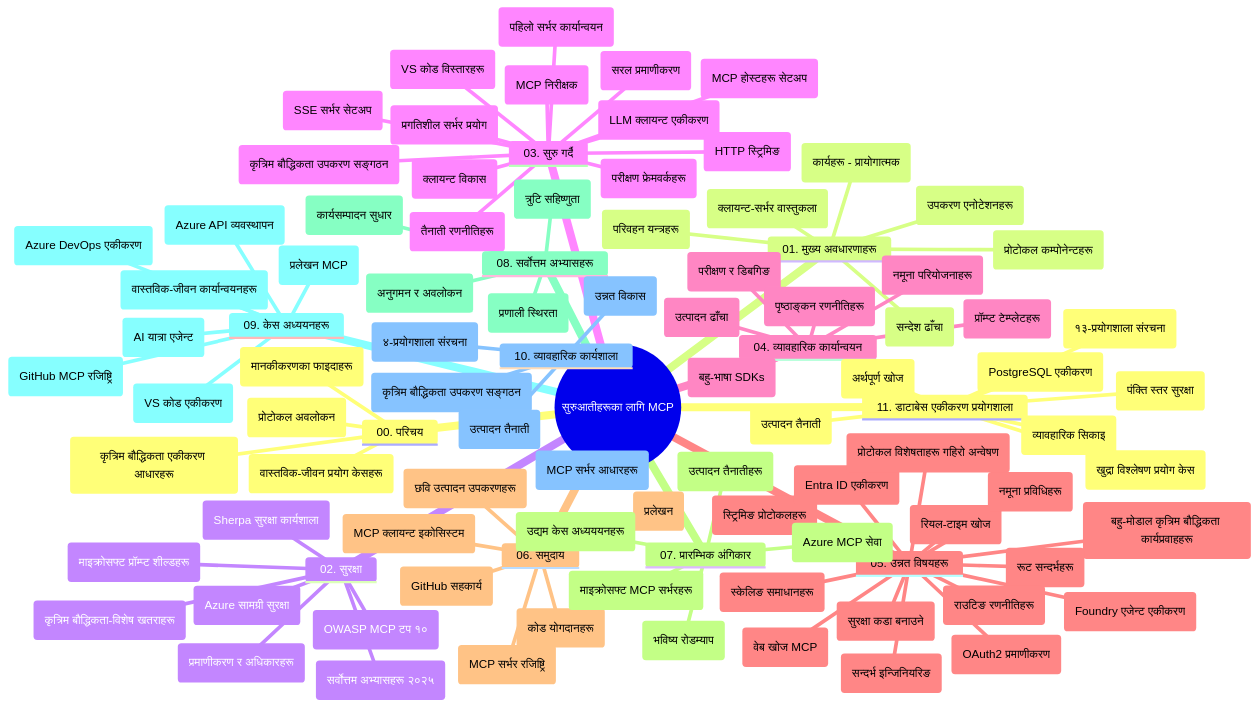
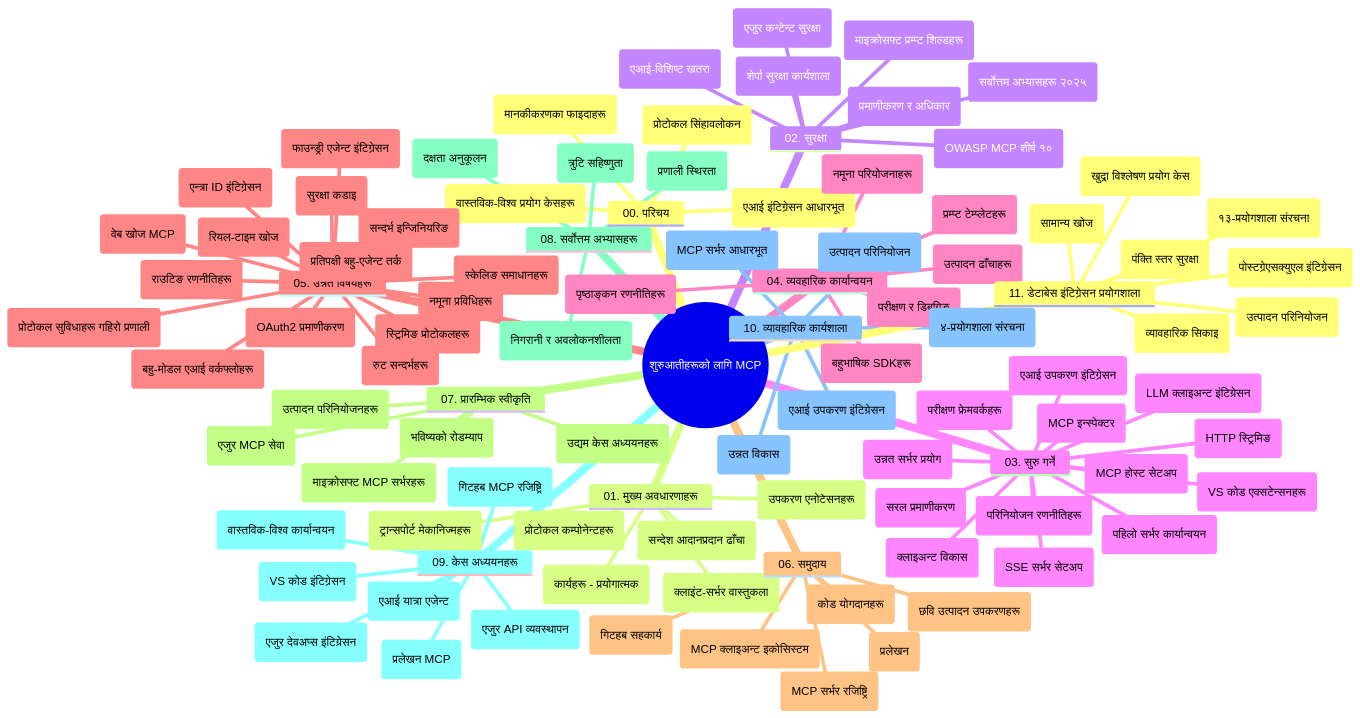
The diagram in mcp_ecosystem__model_context_protocol/mcp_learning_resources/mcp-for-beginners/translations/ne/study_guide.md (HIDORAKAI002/ai-workspace-archive), drawn with Mermaid before and after one commit. The commit also changed other lines of this file and 2497 other files, not shown here.

Commit message:
chore(sync): update Keboola MCP, Langfuse, Promptfoo, Dify, Trigger.dev, Windmill, Appsmith, Budibase, +29 more

````diff
--- a/mcp_ecosystem__model_context_protocol/mcp_learning_resources/mcp-for-beginners/translations/ne/study_guide.md
+++ b/mcp_ecosystem__model_context_protocol/mcp_learning_resources/mcp-for-beginners/translations/ne/study_guide.md
@@ -11,113 +11,114 @@
 ```mermaid
 mindmap
-  root((सुरुआतीहरूका लागि MCP))
+  root((शुरुआतीहरूको लागि MCP))
     00. परिचय
       ::icon(fa fa-book)
-      (प्रोटोकल अवलोकन)
+      (प्रोटोकल सिंहावलोकन)
       (मानकीकरणका फाइदाहरू)
-      (वास्तविक-जीवन प्रयोग केसहरू)
-      (कृत्रिम बौद्धिकता एकीकरण आधारहरू)
+      (वास्तविक-विश्व प्रयोग केसहरू)
+      (एआई इंटिग्रेसन आधारभूत)
     01. मुख्य अवधारणाहरू
       ::icon(fa fa-puzzle-piece)
-      (क्लायन्ट-सर्भर वास्तुकला)
+      (क्लाइंट-सर्भर वास्तुकला)
       (प्रोटोकल कम्पोनेन्टहरू)
-      (सन्देश ढाँचा)
-      (परिवहन यन्त्रहरू)
-      (कार्यहरू - प्रायोगात्मक)
-      (उपकरण एनोटेशनहरू)
+      (सन्देश आदानप्रदान ढाँचा)
+      (ट्रान्सपोर्ट मेकानिज्महरू)
+      (कार्यहरू - प्रयोगात्मक)
+      (उपकरण एनोटेसनहरू)
     02. सुरक्षा
       ::icon(fa fa-shield)
-      (कृत्रिम बौद्धिकता-विशेष खतराहरू)
+      (एआई-विशिष्ट खतरा)
       (सर्वोत्तम अभ्यासहरू २०२५)
-      (Azure सामग्री सुरक्षा)
-      (प्रमाणीकरण र अधिकारहरू)
-      (माइक्रोसफ्ट प्रॉम्प्ट शील्डहरू)
-      (OWASP MCP टप १०)
-      (Sherpa सुरक्षा कार्यशाला)
-    03. सुरु गर्दै
+      (एजुर कन्टेन्ट सुरक्षा)
+      (प्रमाणीकरण र अधिकार)
+      (माइक्रोसफ्ट प्रम्प्ट शिल्डहरू)
+      (OWASP MCP शीर्ष १०)
+      (शेर्पा सुरक्षा कार्यशाला)
+    03. सुरु गर्ने
       ::icon(fa fa-rocket)
       (पहिलो सर्भर कार्यान्वयन)
-      (क्लायन्ट विकास)
-      (LLM क्लायन्ट एकीकरण)
-      (VS कोड विस्तारहरू)
+      (क्लाइअन्ट विकास)
+      (LLM क्लाइअन्ट इंटिग्रेसन)
+      (VS कोड एक्सटेन्सनहरू)
       (SSE सर्भर सेटअप)
       (HTTP स्ट्रिमिङ)
-      (कृत्रिम बौद्धिकता उपकरण सङ्गठन)
+      (एआई उपकरण इंटिग्रेसन)
       (परीक्षण फ्रेमवर्कहरू)
-      (प्रगतिशील सर्भर प्रयोग)
+      (उन्नत सर्भर प्रयोग)
       (सरल प्रमाणीकरण)
-      (तैनाती रणनीतिहरू)
-      (MCP होस्टहरू सेटअप)
-      (MCP निरीक्षक)
-    04. व्यावहारिक कार्यान्वयन
+      (परिनियोजन रणनीतिहरू)
+      (MCP होस्ट सेटअप)
+      (MCP इन्स्पेक्टर)
+    04. व्यवहारिक कार्यान्वयन
       ::icon(fa fa-code)
-      (बहु-भाषा SDKs)
+      (बहुभाषिक SDKहरू)
       (परीक्षण र डिबगिङ)
-      (प्रॉम्प्ट टेम्प्लेटहरू)
+      (प्रम्प्ट टेम्प्लेटहरू)
       (नमूना परियोजनाहरू)
-      (उत्पादन ढाँचा)
+      (उत्पादन ढाँचाहरू)
       (पृष्ठाङ्कन रणनीतिहरू)
     05. उन्नत विषयहरू
       ::icon(fa fa-graduation-cap)
       (सन्दर्भ इन्जिनियरिङ)
-      (Foundry एजेन्ट एकीकरण)
-      (बहु-मोडाल कृत्रिम बौद्धिकता कार्यप्रवाहहरू)
+      (फाउन्ड्री एजेन्ट इंटिग्रेसन)
+      (बहु-मोडल एआई वर्कफ्लोहरू)
       (OAuth2 प्रमाणीकरण)
       (रियल-टाइम खोज)
       (स्ट्रिमिङ प्रोटोकलहरू)
-      (रूट सन्दर्भहरू)
+      (रुट सन्दर्भहरू)
       (राउटिङ रणनीतिहरू)
       (नमूना प्रविधिहरू)
       (स्केलिङ समाधानहरू)
-      (सुरक्षा कडा बनाउने)
-      (Entra ID एकीकरण)
+      (सुरक्षा कडाइ)
+      (एन्त्रा ID इंटिग्रेसन)
       (वेब खोज MCP)
-      (प्रोटोकल विशेषताहरू गहिरो अन्वेषण)
+      (प्रोटोकल सुविधाहरू गहिरो प्रणाली)
+      (प्रतिपक्षी बहु-एजेन्ट तर्क)
       
     06. समुदाय
       ::icon(fa fa-users)
       (कोड योगदानहरू)
       (प्रलेखन)
-      (MCP क्लायन्ट इकोसिस्टम)
+      (MCP क्लाइअन्ट इकोसिस्टम)
       (MCP सर्भर रजिष्ट्रि)
       (छवि उत्पादन उपकरणहरू)
-      (GitHub सहकार्य)
-    07. प्रारम्भिक अंगिकार
+      (गिटहब सहकार्य)
+    07. प्रारम्भिक स्वीकृति
       ::icon(fa fa-lightbulb)
-      (उत्पादन तैनातीहरू)
+      (उत्पादन परिनियोजनहरू)
       (माइक्रोसफ्ट MCP सर्भरहरू)
-      (Azure MCP सेवा)
-      (उद्यम केस अध्यययनहरू)
-      (भविष्य रोडम्याप)
+      (एजुर MCP सेवा)
+      (उद्यम केस अध्ययनहरू)
+      (भविष्यको रोडम्याप)
     08. सर्वोत्तम अभ्यासहरू
       ::icon(fa fa-check)
-      (कार्यसम्पादन सुधार)
+      (दक्षता अनुकूलन)
       (त्रुटि सहिष्णुता)
       (प्रणाली स्थिरता)
-      (अनुगमन र अवलोकन)
+      (निगरानी र अवलोकनशीलता)
     09. केस अध्ययनहरू
       ::icon(fa fa-file-text)
-      (Azure API व्यवस्थापन)
-      (AI यात्रा एजेन्ट)
-      (Azure DevOps एकीकरण)
+      (एजुर API व्यवस्थापन)
+      (एआई यात्रा एजेन्ट)
+      (एजुर देवअप्स इंटिग्रेसन)
       (प्रलेखन MCP)
-      (GitHub MCP रजिष्ट्रि)
-      (VS कोड एकीकरण)
-      (वास्तविक-जीवन कार्यान्वयनहरू)
+      (गिटहब MCP रजिष्ट्रि)
+      (VS कोड इंटिग्रेसन)
+      (वास्तविक-विश्व कार्यान्वयन)
     10. व्यावहारिक कार्यशाला
       ::icon(fa fa-laptop)
-      (MCP सर्भर आधारहरू)
+      (MCP सर्भर आधारभूत)
       (उन्नत विकास)
-      (कृत्रिम बौद्धिकता उपकरण सङ्गठन)
-      (उत्पादन तैनाती)
+      (एआई उपकरण इंटिग्रेसन)
+      (उत्पादन परिनियोजन)
       (४-प्रयोगशाला संरचना)
-    11. डाटाबेस एकीकरण प्रयोगशाला
+    11. डेटाबेस इंटिग्रेसन प्रयोगशाला
       ::icon(fa fa-database)
-      (PostgreSQL एकीकरण)
+      (पोस्टग्रेएसक्युएल इंटिग्रेसन)
       (खुद्रा विश्लेषण प्रयोग केस)
       (पंक्ति स्तर सुरक्षा)
-      (अर्थपूर्ण खोज)
-      (उत्पादन तैनाती)
+      (सामान्य खोज)
+      (उत्पादन परिनियोजन)
       (१३-प्रयोगशाला संरचना)
       (व्यावहारिक सिकाइ)
 ```
````
